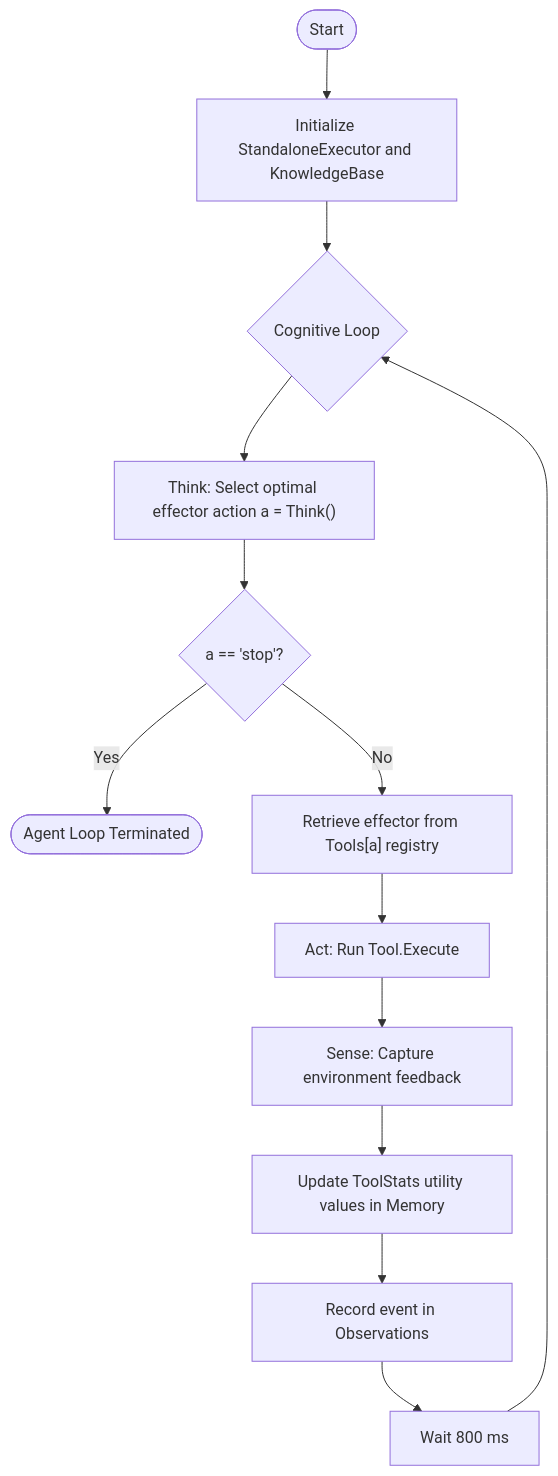
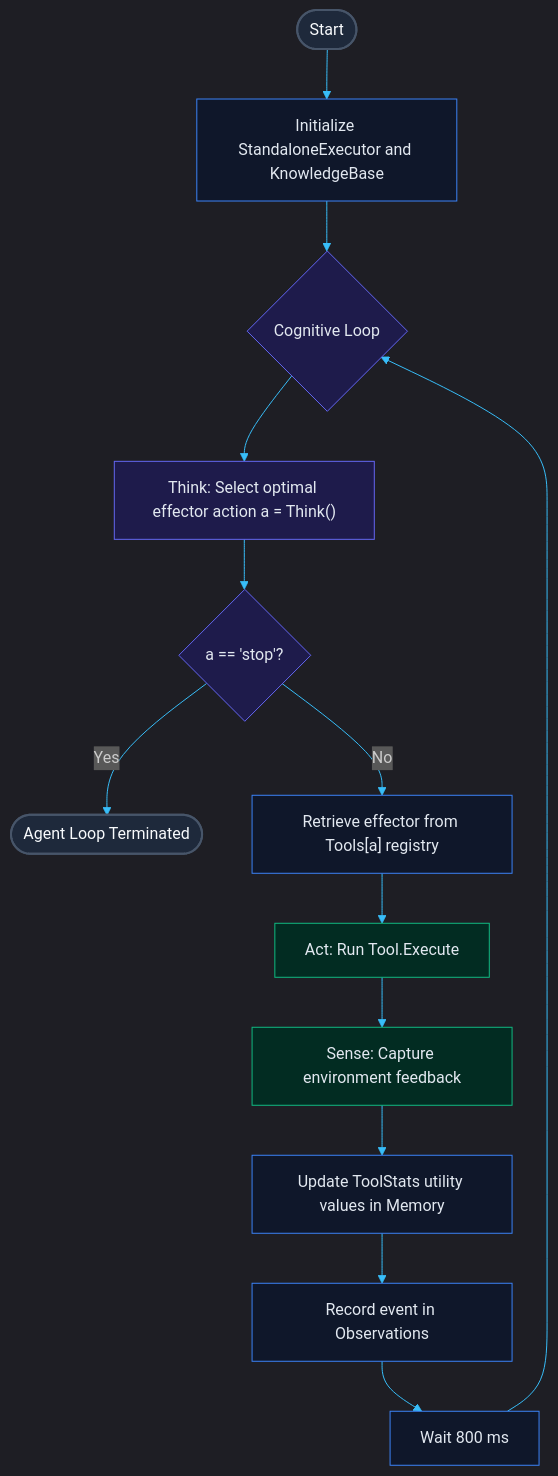
One commit to C00LN3T/Log4ShellAuditor changed the second of 3 diagrams in README.en.md. Above: the diagram before and after it, drawn with Mermaid. The commit also changed other lines of this file and 2 other files, not shown here.

````diff
--- a/README.en.md
+++ b/README.en.md
@@ -111,25 +144,41 @@
 ```mermaid
+%%{init: {
+  'theme': 'dark',
+  'themeVariables': {
+    'background': '#0f172a',
+    'primaryColor': '#1e293b',
+    'primaryTextColor': '#cbd5e1',
+    'primaryBorderColor': '#475569',
+    'lineColor': '#38bdf8',
+    'secondaryColor': '#1e293b'
+  }
+}}%%
 flowchart TD
-    Start([Start]) --> Init[Initialize StandaloneExecutor and KnowledgeBase]
-    Init --> LoopStart{Cognitive Loop}
+    classDef startEnd fill:#1e293b,stroke:#475569,stroke-width:2px,color:#f8fafc;
+    classDef step fill:#0f172a,stroke:#3b82f6,stroke-width:1px,color:#e2e8f0;
+    classDef decision fill:#1e1b4b,stroke:#6366f1,stroke-width:1px,color:#e2e8f0;
+    classDef action fill:#022c22,stroke:#10b981,stroke-width:1px,color:#e2e8f0;
+
+    Start([Start]):::startEnd --> Init[Initialize StandaloneExecutor and KnowledgeBase]:::step
+    Init --> LoopStart{Cognitive Loop}:::decision
     
     %% Think Phase
-    LoopStart --> Think["Think: Select optimal effector action a = Think()"]
+    LoopStart --> Think["Think: Select optimal effector action a = Think()"]:::decision
     
     %% Branch on Stop
-    Think --> IsStop{a == 'stop'?}
-    IsStop -- Yes --> Terminate([Agent Loop Terminated])
+    Think --> IsStop{a == 'stop'?}:::decision
+    IsStop -- Yes --> Terminate([Agent Loop Terminated]):::startEnd
     
     %% Act Phase
-    IsStop -- No --> FetchTool["Retrieve effector from Tools[a] registry"]
-    FetchTool --> Execute[Act: Run Tool.Execute]
+    IsStop -- No --> FetchTool["Retrieve effector from Tools[a] registry"]:::step
+    FetchTool --> Execute[Act: Run Tool.Execute]:::action
     
     %% Sense Phase
-    Execute --> Sense[Sense: Capture environment feedback]
-    Sense --> UpdateStats[Update ToolStats utility values in Memory]
-    UpdateStats --> RecordObs[Record event in Observations]
+    Execute --> Sense[Sense: Capture environment feedback]:::action
+    Sense --> UpdateStats[Update ToolStats utility values in Memory]:::step
+    UpdateStats --> RecordObs[Record event in Observations]:::step
     
     %% Wait
-    RecordObs --> Delay[Wait 800 ms]
+    RecordObs --> Delay[Wait 800 ms]:::step
     Delay --> LoopStart
 ```
````
